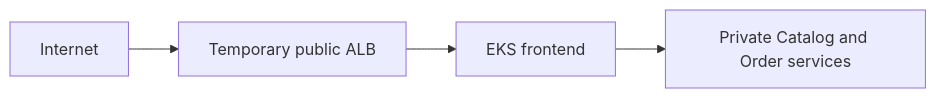
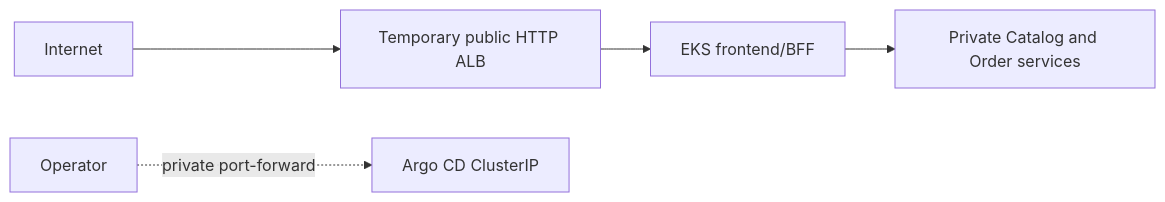
One commit to MinhKhoa2209/techx-infra changed the diagram in README.md. Above: the diagram before and after it, drawn with Mermaid. The commit also changed other lines of this file, not shown here.

````diff
--- a/README.md
+++ b/README.md
@@ -17,6 +33,7 @@
 ```mermaid
 flowchart LR
-  Internet --> ALB[Temporary public ALB]
-  ALB --> EKS[EKS frontend]
+  Internet --> ALB[Temporary public HTTP ALB]
+  ALB --> EKS[EKS frontend/BFF]
   EKS --> Private[Private Catalog and Order services]
+  Admin[Operator] -. private port-forward .-> Argo[Argo CD ClusterIP]
 ```
````
